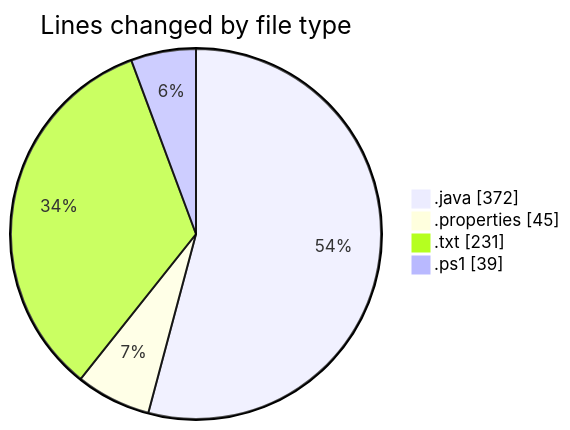
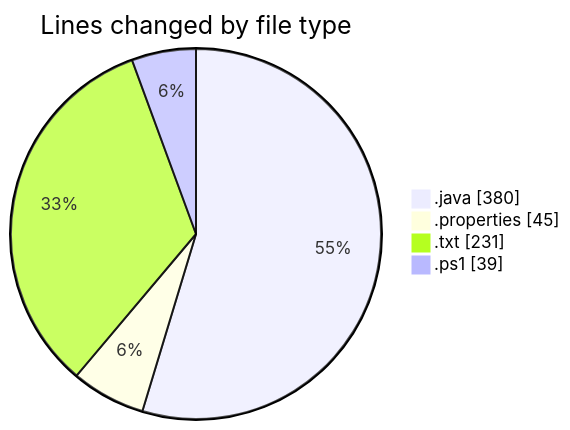
Before and after one commit to ricardozamudiocil/code-tracking: the first of 2 diagrams in 2026-03-03/cilapp/README.md, drawn with Mermaid. The commit also changed other lines of this file and 1 other file, not shown here.

````diff
--- a/2026-03-03/cilapp/README.md
+++ b/2026-03-03/cilapp/README.md
@@ -24,8 +24,8 @@
 ```mermaid
 pie showData
 title Lines changed by file type
-".java" : 372
+".java" : 380
 ".properties" : 45
 ".txt" : 231
 ".ps1" : 39
 ```
````
